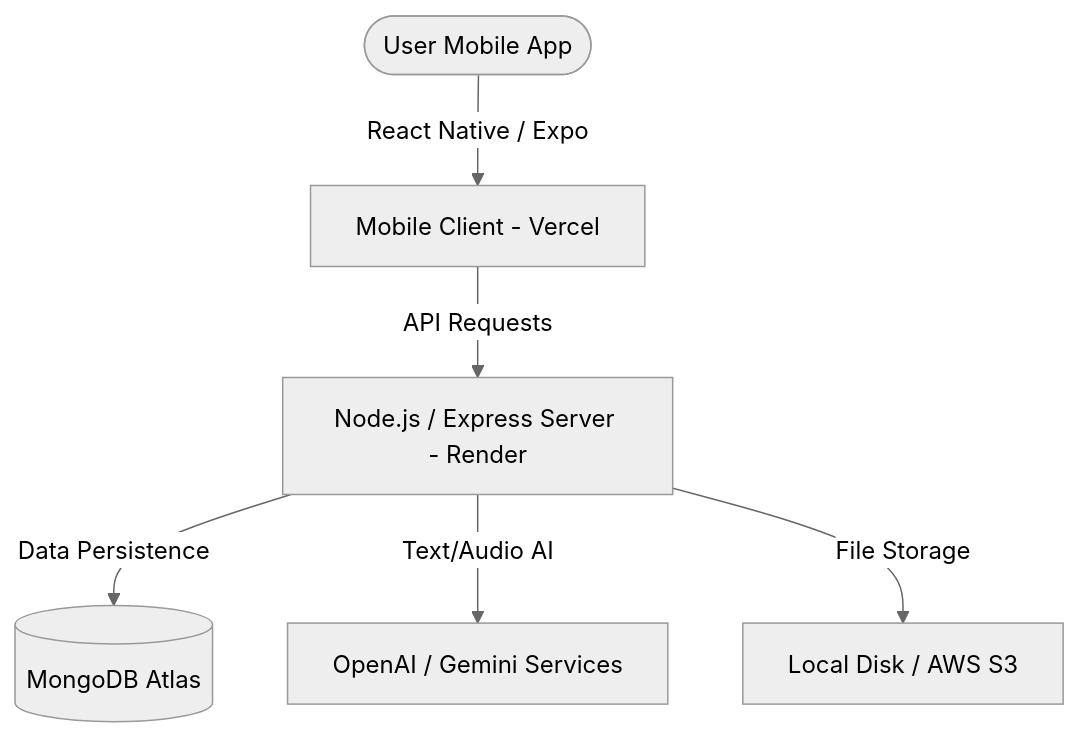
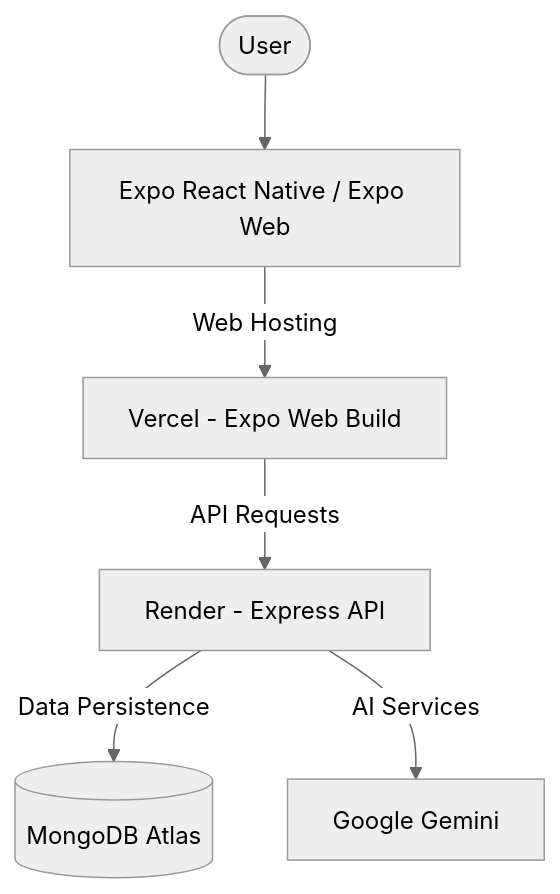
The diagram in README.md (vibhu-yadav01/AI-Couch), drawn with Mermaid (neutral theme) before and after one commit. The commit also changed other lines of this file and 1 other file, not shown here.

````diff
--- a/README.md
+++ b/README.md
@@ -7,8 +7,8 @@
 ```mermaid
 graph TD
-    User([User Mobile App]) -->|React Native / Expo| Frontend[Mobile Client - Vercel]
-    Frontend -->|API Requests| Backend[Node.js / Express Server - Render]
-    Backend -->|Data Persistence| DB[(MongoDB Atlas)]
-    Backend -->|Text/Audio AI| AI[OpenAI / Gemini Services]
-    Backend -->|File Storage| Storage[Local Disk / AWS S3]
+    User([User]) --> Client[Expo React Native / Expo Web]
+    Client -->|Web Hosting| Vercel[Vercel - Expo Web Build]
+    Vercel -->|API Requests| Render[Render - Express API]
+    Render -->|Data Persistence| DB[(MongoDB Atlas)]
+    Render -->|AI Services| AI[Google Gemini]
 ```
````
